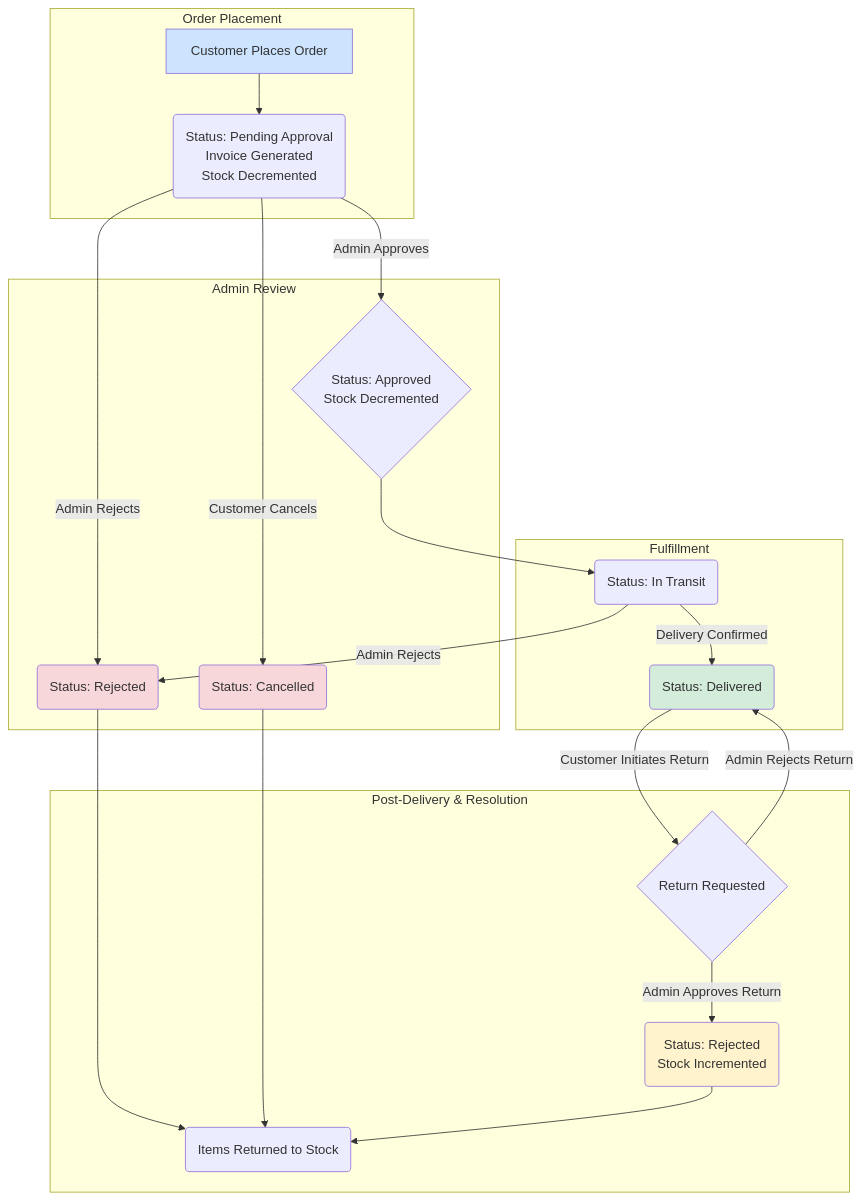
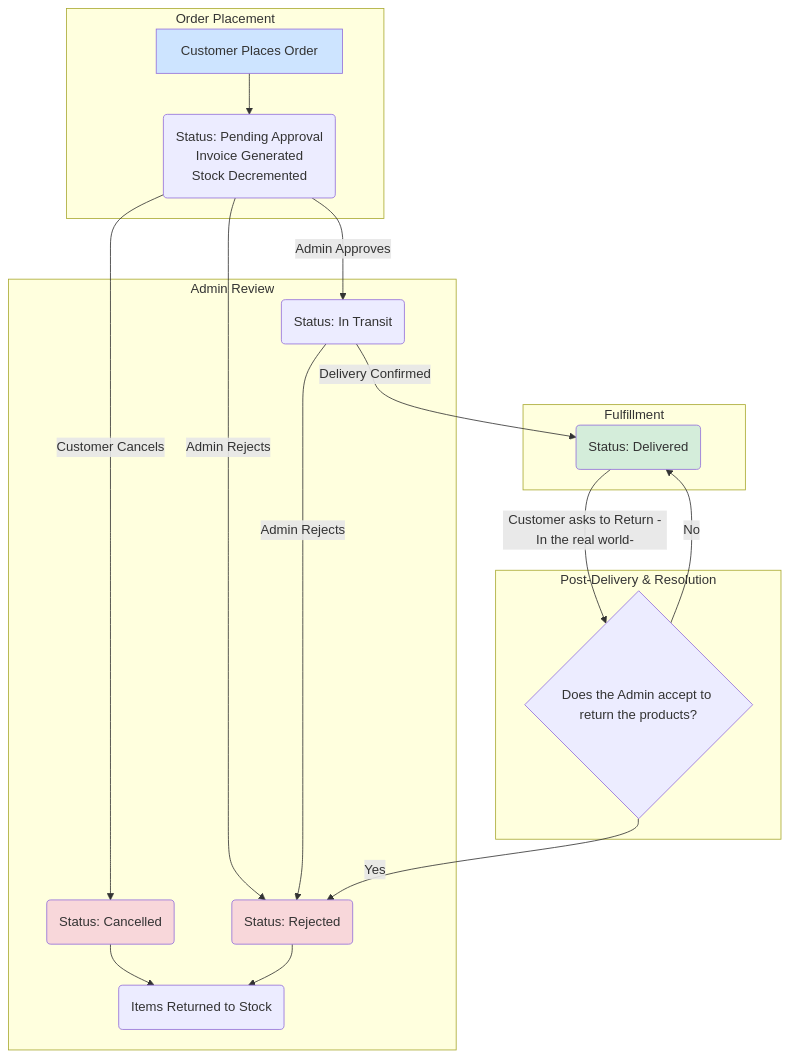
Before and after one commit to aymanbazyan/StoreFlow-Project-Documentation: the diagram in docs/03-Guides/Store Management/How the Orders-System-Works.md, drawn with Mermaid. The commit also changed 1 other file, not shown here.

Commit message:
general improvements

````diff
--- a/docs/03-Guides/Store Management/How the Orders-System-Works.md
+++ b/docs/03-Guides/Store Management/How the Orders-System-Works.md
@@ -12,34 +12,37 @@
 ```mermaid
 graph TD;
+
     subgraph "Order Placement"
         A[Customer Places Order] --> B(Status: Pending Approval <br/> Invoice Generated <br/> Stock Decremented);
     end
 
     subgraph "Admin Review"
-        B --> |Admin Approves| C{Status: Approved <br/> Stock Decremented};
+        B --> |Admin Approves| F(Status: In Transit);
         B --> |Admin Rejects| D(Status: Rejected);
         B --> |Customer Cancels| E(Status: Cancelled);
+        Z(Items Returned to Stock)
+
     end
 
     subgraph "Fulfillment"
-        C --> F(Status: In Transit);
+        F --> |Delivery Confirmed| G(Status: Delivered);
         F --> |Admin Rejects| D;
-        F --> |Delivery Confirmed| G(Status: Delivered);
+
     end
 
     subgraph "Post-Delivery & Resolution"
-        G --> |Customer Initiates Return| H{Return Requested};
-        H --> |Admin Approves Return| I(Status: Rejected <br/> Stock Incremented);
-        H --> |Admin Rejects Return| G;
+        G --> |Customer asks to Return -In the real world-| H{Does the Admin accept to return the products?};
+        H --> |Yes| D;
+        H --> |No| G;
 
-        D --> Z(Items Returned to Stock);
         E --> Z;
-        I --> Z;
+        D --> Z;
+        Z(Items Returned to Stock)
+
     end
 
     style A fill:#cde4ff
     style G fill:#d4edda
     style D fill:#f8d7da
     style E fill:#f8d7da
-    style I fill:#fff3cd
 ```
````
